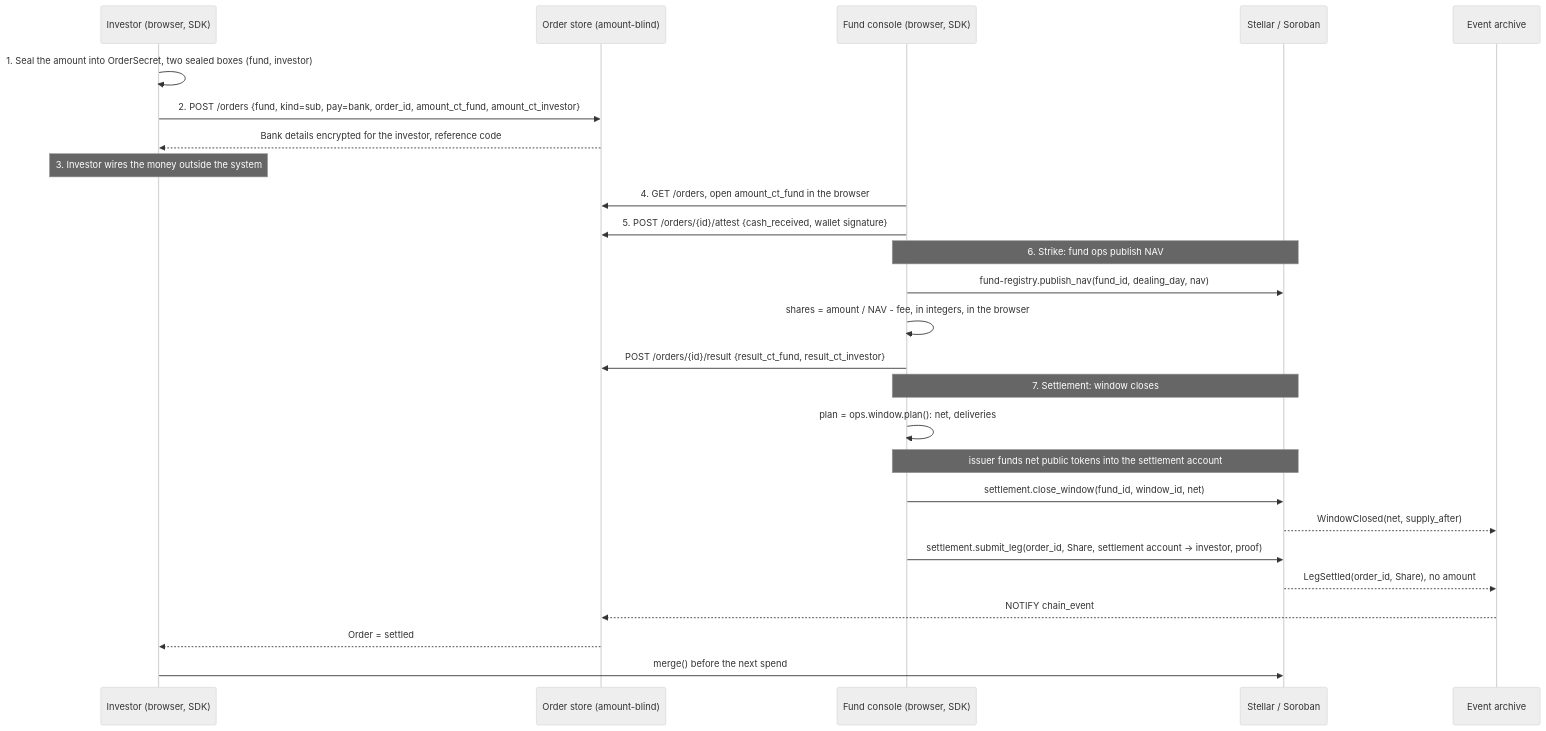
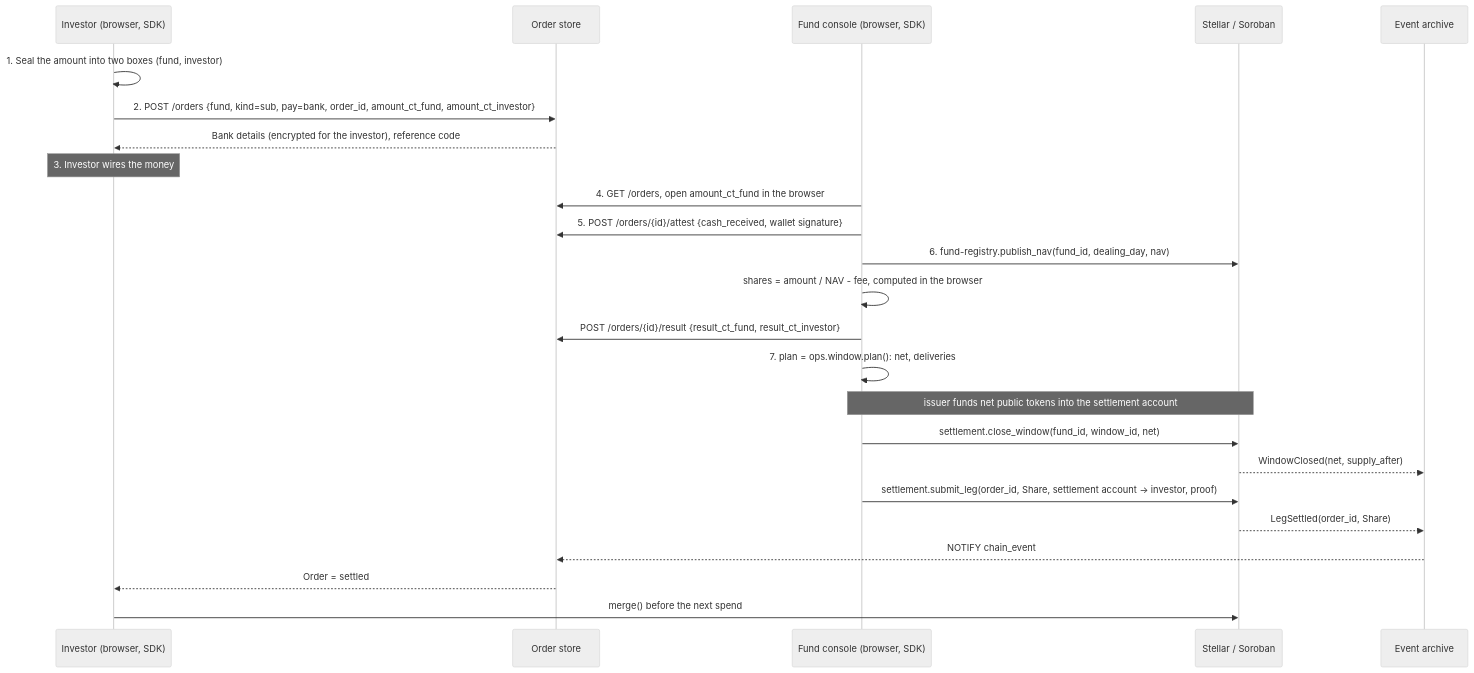
Before and after one commit to SentinelLab-VN/Cell-Seal-TDD: the third of 3 diagrams in docs/technical-architecture.md, drawn with Mermaid (neutral theme). The commit also changed other lines of this file and 1 other file, not shown here.

First line of the commit message:
docs: rewrite the Technical Architecture Document

````diff
--- a/docs/technical-architecture.md
+++ b/docs/technical-architecture.md
@@ -268,28 +438,26 @@
 ```mermaid
 sequenceDiagram
     participant I as Investor (browser, SDK)
-    participant B as Order store (amount-blind)
+    participant B as Order store
     participant F as Fund console (browser, SDK)
     participant C as Stellar / Soroban
     participant X as Event archive
-    I->>I: 1. Seal the amount into OrderSecret, two sealed boxes (fund, investor)
+    I->>I: 1. Seal the amount into two boxes (fund, investor)
     I->>B: 2. POST /orders {fund, kind=sub, pay=bank, order_id, amount_ct_fund, amount_ct_investor}
-    B-->>I: Bank details encrypted for the investor, reference code
-    Note over I: 3. Investor wires the money outside the system
+    B-->>I: Bank details (encrypted for the investor), reference code
+    Note over I: 3. Investor wires the money
     F->>B: 4. GET /orders, open amount_ct_fund in the browser
     F->>B: 5. POST /orders/{id}/attest {cash_received, wallet signature}
-    Note over F,C: 6. Strike: fund ops publish NAV
-    F->>C: fund-registry.publish_nav(fund_id, dealing_day, nav)
-    F->>F: shares = amount / NAV - fee, in integers, in the browser
+    F->>C: 6. fund-registry.publish_nav(fund_id, dealing_day, nav)
+    F->>F: shares = amount / NAV - fee, computed in the browser
     F->>B: POST /orders/{id}/result {result_ct_fund, result_ct_investor}
-    Note over F,C: 7. Settlement: window closes
-    F->>F: plan = ops.window.plan(): net, deliveries
+    F->>F: 7. plan = ops.window.plan(): net, deliveries
     Note over F,C: issuer funds net public tokens into the settlement account
     F->>C: settlement.close_window(fund_id, window_id, net)
     C-->>X: WindowClosed(net, supply_after)
     F->>C: settlement.submit_leg(order_id, Share, settlement account -> investor, proof)
-    C-->>X: LegSettled(order_id, Share), no amount
+    C-->>X: LegSettled(order_id, Share)
     X-->>B: NOTIFY chain_event
     B-->>I: Order = settled
     I->>C: merge() before the next spend
 ```
````
